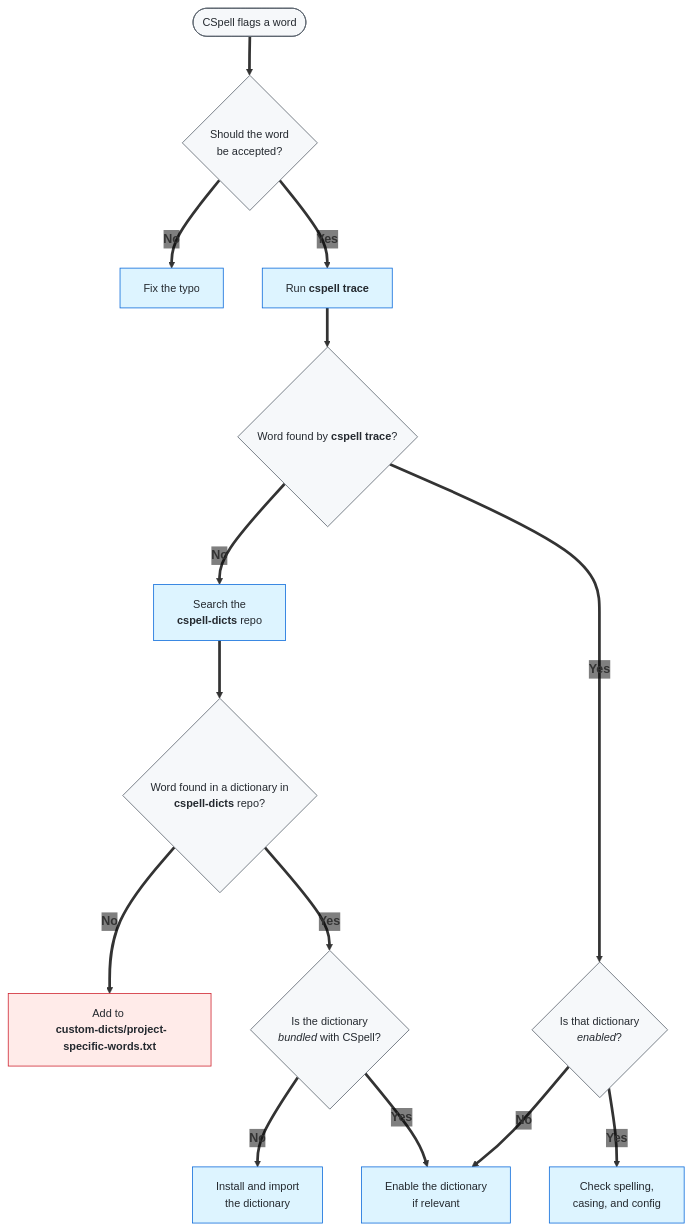
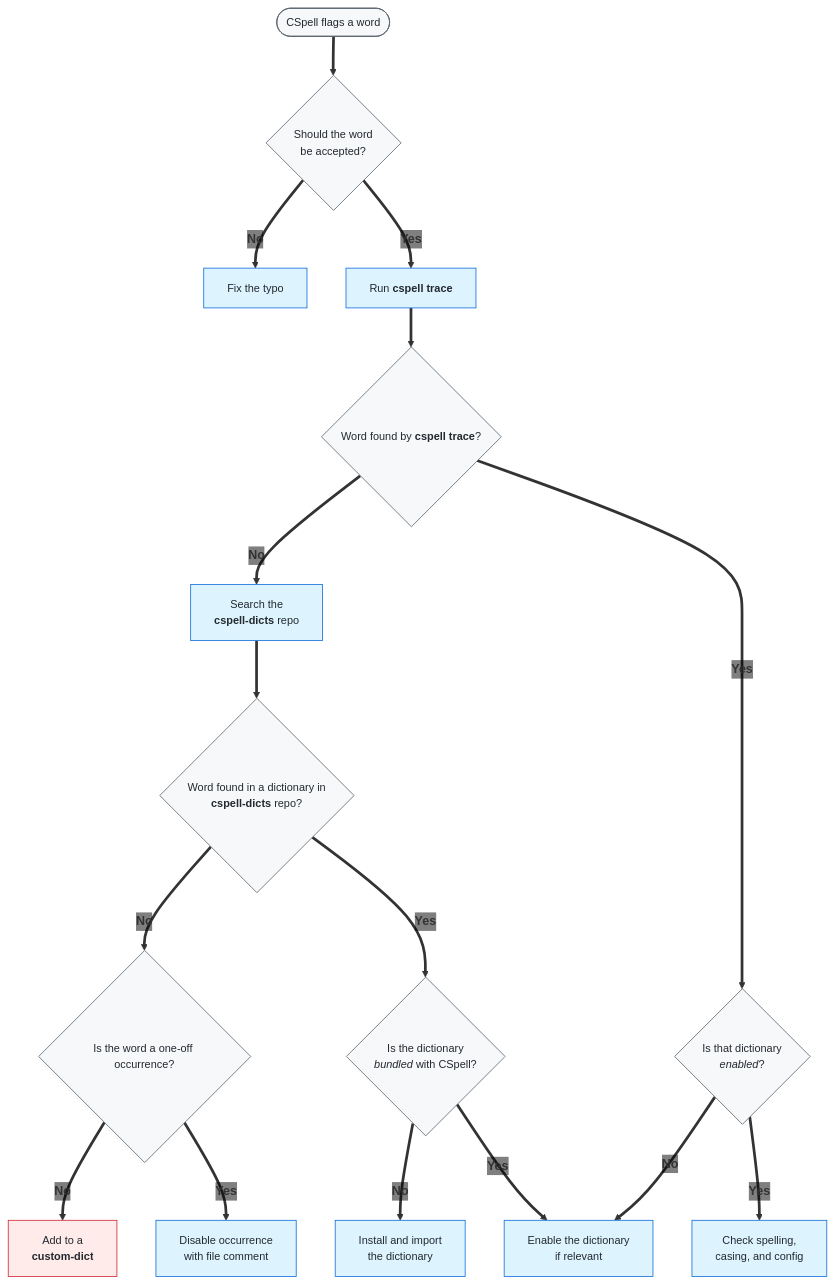
One commit to ScilifelabDataCentre/data-centre-template changed the diagram in .config/cspell/README.md. Above: the diagram before and after it, drawn with Mermaid. The commit also changed other lines of this file and 2 other files, not shown here.

````diff
--- a/.config/cspell/README.md
+++ b/.config/cspell/README.md
@@ -129,36 +142,39 @@
 ```mermaid
 ---
 config:
   themeVariables:
     edgeLabelBackground: transparent
 ---
 flowchart TD
     A([CSpell flags a word]) ==> B{Should the word<br/>be accepted?}
 
     B ==>|"`**No**`"| C[Fix the typo]
     B ==>|"`**Yes**`"| D["`Run **cspell trace**`"]
 
     D ==> E{"`Word found by **cspell trace**?`"}
 
     E ==>|"`**No**`"| I["`Search the </br> **cspell-dicts** repo`"]
     E ==>|"`**Yes**`"| F{"`Is that dictionary<br/>_enabled_?`"}
 
     F ==>|"`**No**`"| H[Enable the dictionary<br/>if relevant]
     F ==>|"`**Yes**`"| G[Check spelling,<br/>casing, and config]
 
     I ==> J{"`Word found in a dictionary in </br> **cspell-dicts** repo?`"}
 
-    J ==>|"`**No**`"| M["`Add to <br/> **custom-dicts/project-specific-words.txt**`"]
+    J ==>|"`**No**`"| N{"`Is the word a one-off occurrence?`"}
     J ==>|"`**Yes**`"| K{"`Is the dictionary<br/>_bundled_ with CSpell?`"}
+
+    N ==>|"`**No**`"| M["`Add to a <br/> **custom-dict**`"]
+    N ==>|"`**Yes**`"| O["`Disable occurrence <br/> with file comment`"]
 
     K ==>|"`**No**`"| L[Install and import<br/>the dictionary]
     K ==>|"`**Yes**`"| H
 
     classDef neutral fill:#f6f8fa,stroke:#57606a,color:#24292f,font-size:14px;
     classDef do fill:#ddf4ff,stroke:#0969da,color:#24292f,font-size:14px;
     classDef fallback fill:#ffebe9,stroke:#cf222e,color:#24292f,font-size:14px;
 
-    class A,B,E,F,J,K neutral;
-    class C,D,G,H,I,L do;
+    class A,B,E,F,J,K,N neutral;
+    class C,D,G,H,I,L,O do;
     class M fallback;
 ```
````
